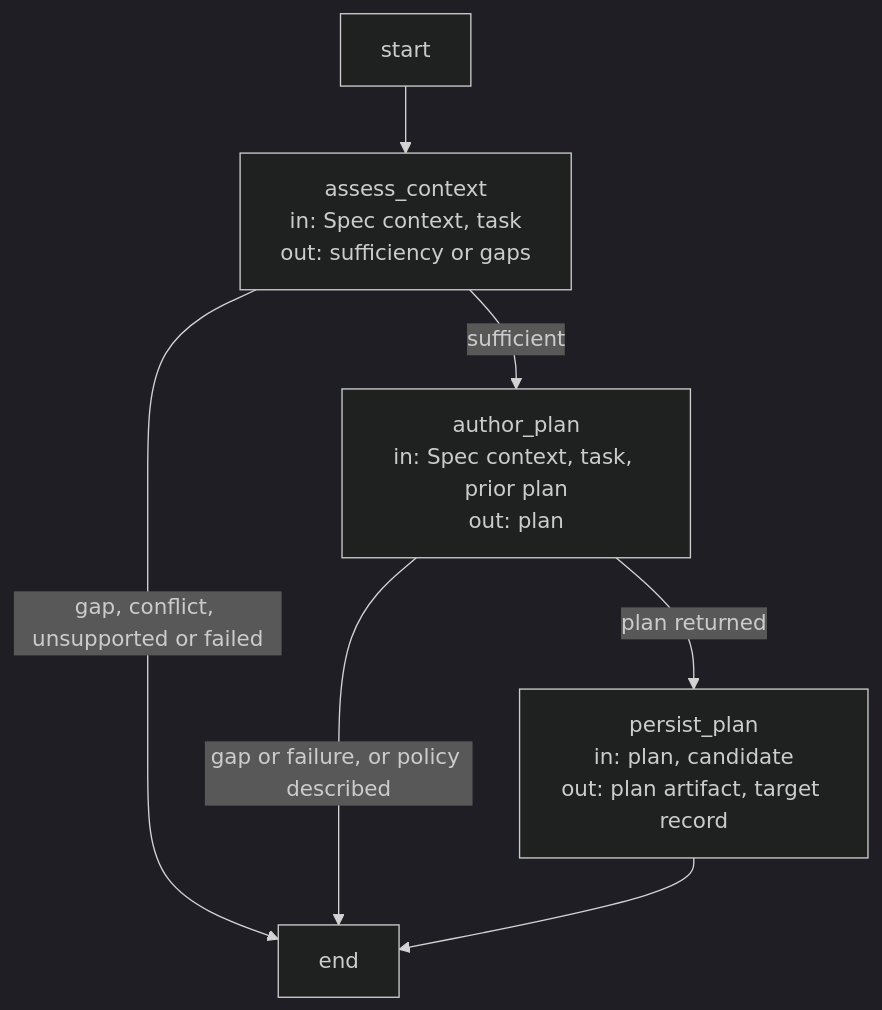
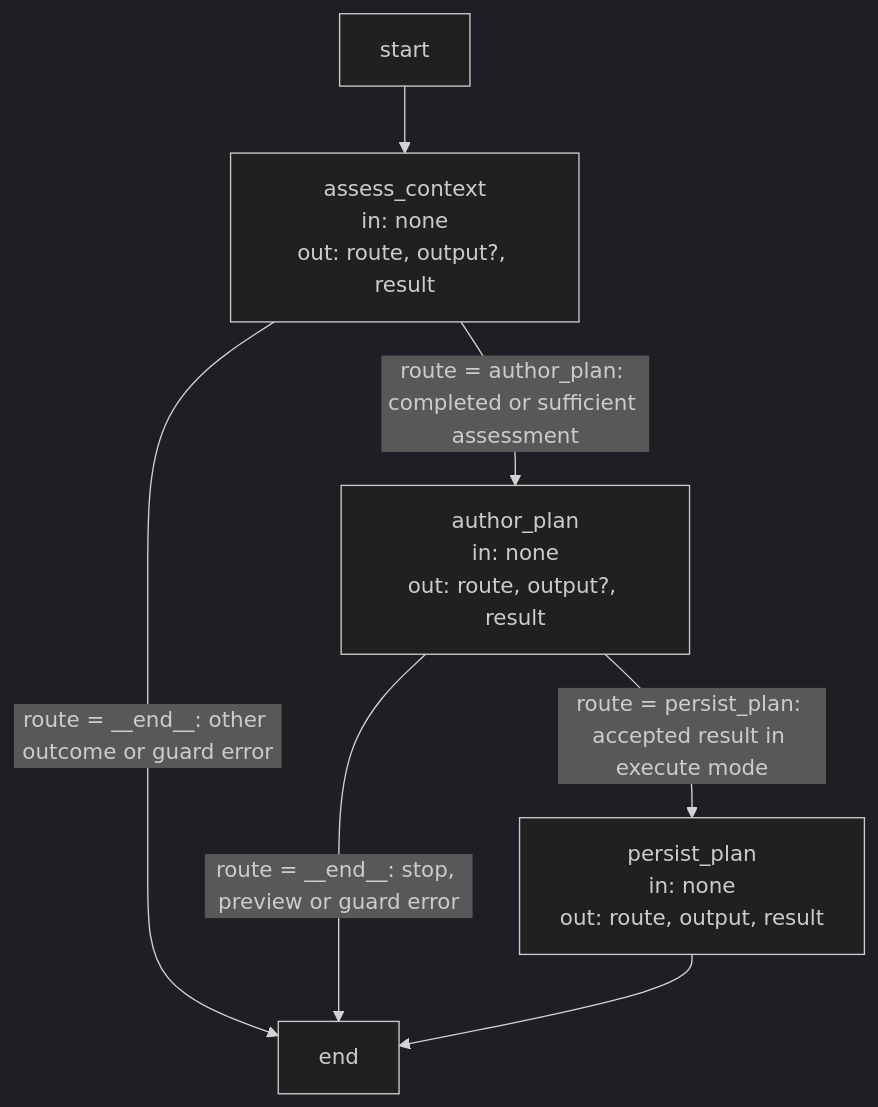
The diagram in specs/concorde/planning/execution-reference.md (FTOD/concorde), drawn with Mermaid (dark theme) before and after one commit. The commit also changed other lines of this file and 10 other files, not shown here.

Commit message:
docs: clarify LangGraph state and routing in operation diagrams

````diff
--- a/specs/concorde/planning/execution-reference.md
+++ b/specs/concorde/planning/execution-reference.md
@@ -108,17 +116,17 @@
 ```mermaid
 flowchart TB
     %% graph: plan_graph
     accTitle: Planning Graph
     accDescr: Context assessment admits planning only when the contract is sufficient; a returned plan is persisted; a gap, conflict, failure or policy preview ends the Graph.
     __start__["start"]
-    assess_context["assess_context<br/>in: Spec context, task<br/>out: sufficiency or gaps"]
-    author_plan["author_plan<br/>in: Spec context, task, prior plan<br/>out: plan"]
-    persist_plan["persist_plan<br/>in: plan, candidate<br/>out: plan artifact, target record"]
+    assess_context["assess_context<br/>in: none<br/>out: route, output?, result"]
+    author_plan["author_plan<br/>in: none<br/>out: route, output?, result"]
+    persist_plan["persist_plan<br/>in: none<br/>out: route, output, result"]
     __end__["end"]
     __start__ --> assess_context
-    assess_context -->|sufficient| author_plan
-    assess_context -->|gap, conflict, unsupported or failed| __end__
-    author_plan -->|plan returned| persist_plan
-    author_plan -->|gap or failure, or policy described| __end__
+    assess_context -->|route = author_plan: completed or sufficient assessment| author_plan
+    assess_context -->|route = __end__: other outcome or guard error| __end__
+    author_plan -->|route = persist_plan: accepted result in execute mode| persist_plan
+    author_plan -->|route = __end__: stop, preview or guard error| __end__
     persist_plan --> __end__
 ```
````
